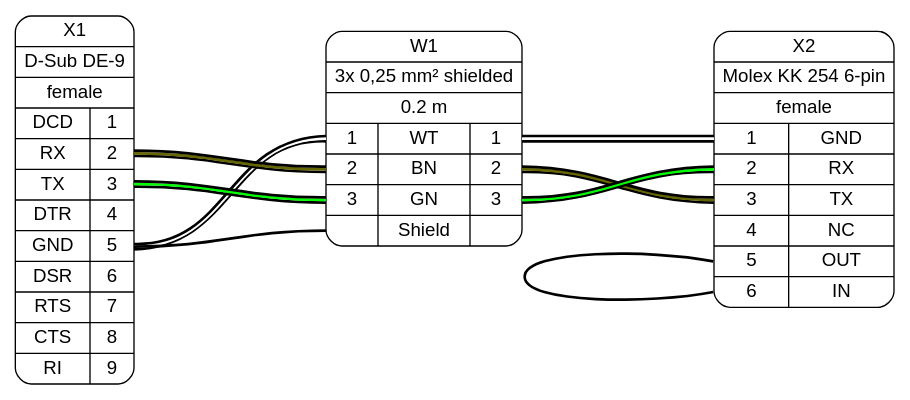
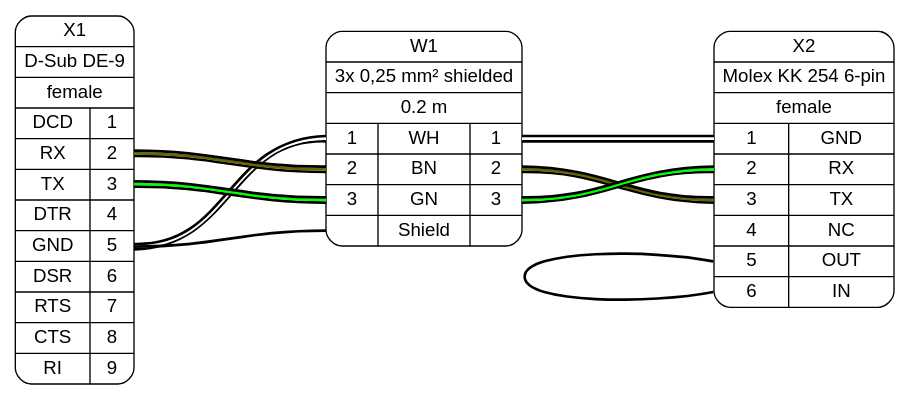
One commit to wireviz/WireViz changed the diagram in idea/example1.dot. Above: the diagram before and after it, drawn with Graphviz. The commit also changed 2 other files, not shown here.

```diff
--- a/idea/example1.dot
+++ b/idea/example1.dot
@@ -1,18 +1,18 @@
 digraph G {
     graph [rankdir = LR, ranksep=2, fontname = "arial"];
     edge [arrowhead=none, fontname = "arial"];
     node [shape=record, style=rounded, fontname = "arial"];
 
     X1[label="X1 | D-Sub DE-9 | female | {{DCD|RX|TX|DTR|GND|DSR|RTS|CTS|RI} | {<p1>1|<p2>2|<p3>3|<p4>4|<p5>5|<p6>6|<p7>7|<p8>8|<p9>9}} "];
     X2[label="X2 | Molex KK 254 6-pin | female | {{<p1>1|<p2>2|<p3>3|<p4>4|<p5>5|<p6>6} | {GND|RX|TX|NC|OUT|IN}}"];
 
-    W1[label="W1 | 3x 0,25 mm² shielded | 0.2 m | {{<w1i>1|<w2i>2|<w3i>3|<wsi>}|{WT|BN|GN|Shield}|{<w1o>1|<w2o>2|<w3o>3|<wsi>}}}"];
+    W1[label="W1 | 3x 0,25 mm² shielded | 0.2 m | {{<w1i>1|<w2i>2|<w3i>3|<wsi>}|{WH|BN|GN|Shield}|{<w1o>1|<w2o>2|<w3o>3|<wsi>}}}"];
 
     {edge[style=bold]
         {edge[color="#000000:#ffffff:#000000"] X1:p5 -> W1:w1i; W1:w1o -> X2:p1; }
         {edge[color="#000000:#666600:#000000"] X1:p2 -> W1:w2i; W1:w2o -> X2:p3; }
         {edge[color="#000000:#00ff00:#000000"] X1:p3 -> W1:w3i; W1:w3o -> X2:p2; }
         X1:p5 -> W1:wsi;
         X2:p5:w -> X2:p6:w;
     }
 }
```
